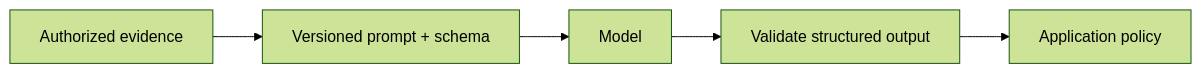
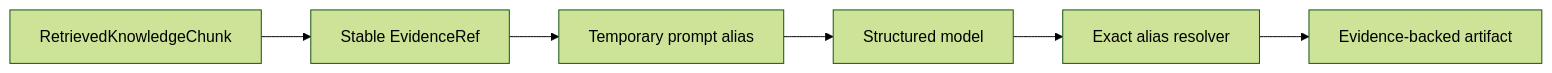
The fourth of 4 diagrams in docs/architecture/RAG_ARCHITECTURE.md (kumarchandansingh/tropos), drawn with Mermaid (forest theme) before and after one commit. The commit also changed other lines of this file and 16 other files, not shown here.

First line of the commit message:
docs: reconcile Tropos product architecture and decision history (#69)

````diff
--- a/docs/architecture/RAG_ARCHITECTURE.md
+++ b/docs/architecture/RAG_ARCHITECTURE.md
@@ -148,8 +183,9 @@
 ```mermaid
 flowchart LR
-    Evidence[Authorized evidence]
-    --> Prompt[Versioned prompt + schema]
-    --> Model[Model]
-    --> Validate[Validate structured output]
-    --> App[Application policy]
+    Retrieved[RetrievedKnowledgeChunk]
+    --> Ref[Stable EvidenceRef]
+    --> Alias[Temporary prompt alias]
+    --> Model[Structured model]
+    --> Resolve[Exact alias resolver]
+    --> Artifact[Evidence-backed artifact]
 ```
````
